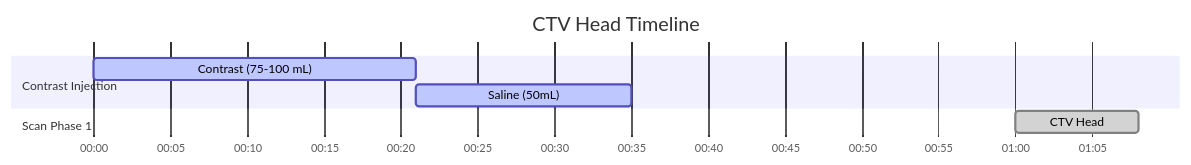
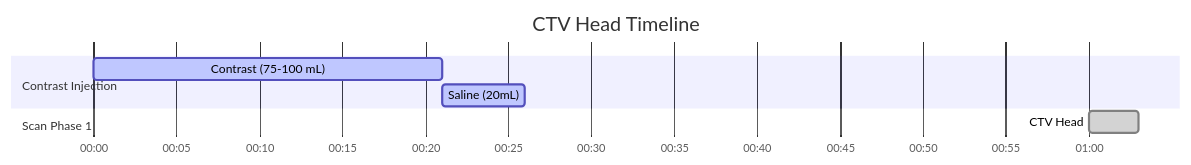
One commit to dfergs93/radiology-protocols changed the diagram in docs/ct/neuro/ctv-head.md. Above: the diagram before and after it, drawn with Mermaid. The commit also changed other lines of this file and 113 other files, not shown here.

````diff
--- a/docs/ct/neuro/ctv-head.md
+++ b/docs/ct/neuro/ctv-head.md
@@ -81,16 +82,16 @@
   ```mermaid
   ---
   config:
     theme: default
   ---
     gantt
       title CTV Head Timeline
       dateFormat mm:ss
       axisFormat %M:%S 
       
       section Contrast Injection
       Contrast (75-100 mL)    :active, contrast, 00:00, 21s
-      Saline (50mL)          :active, saline, after contrast, 14s
+      Saline (20mL)          :active, saline, after contrast, 5s
       section Scan Phase 1
-      CTV Head    :done, scan1, 01:00, 8s
+      CTV Head    :done, scan1, 01:00, 3s
   ```
````
